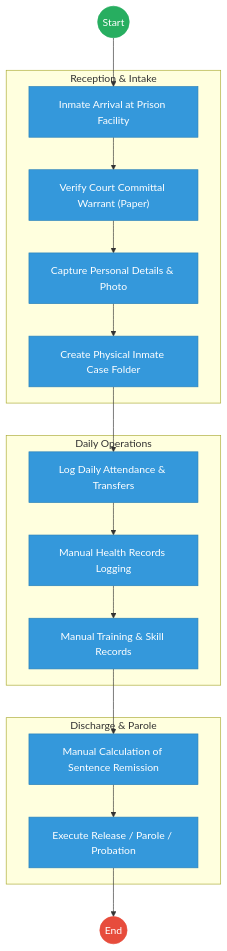
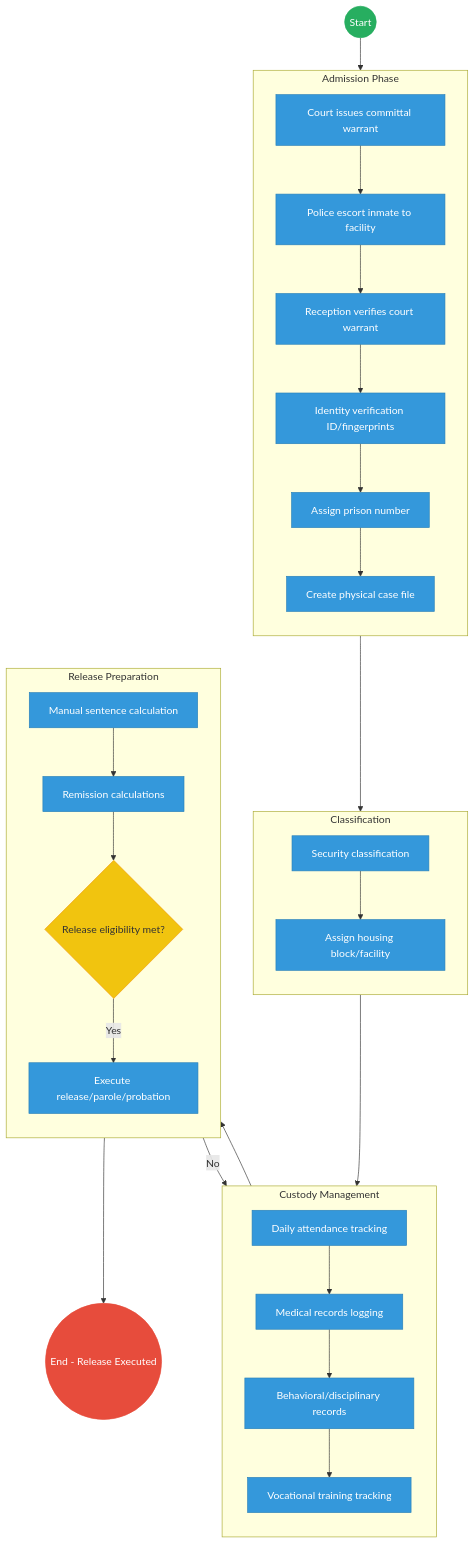
Before and after one commit to BITZ-IT-Consulting-LTD/ictapoc: the first of 2 diagrams in mdas/docs_final/priority_mdas/STATE_DEPARTMENT_FOR_CORRECTIONAL_SERVICES___Service_Delivery.md, drawn with Mermaid. The commit also changed other lines of this file and 109 other files, not shown here.

````diff
--- a/mdas/docs_final/priority_mdas/STATE_DEPARTMENT_FOR_CORRECTIONAL_SERVICES___Service_Delivery.md
+++ b/mdas/docs_final/priority_mdas/STATE_DEPARTMENT_FOR_CORRECTIONAL_SERVICES___Service_Delivery.md
@@ -21,30 +21,74 @@
 ```mermaid
-graph TD
-    Start((Start)) --> Arrival["Inmate Arrival at Prison Facility"]
+flowchart TD
+    %% Events
+    Start((Start))
+    EndProcess((End - Release Executed))
+
+    subgraph Admission [Admission Phase]
+        direction TB
+        IssueWarrant[Court issues committal warrant]
+        Escort[Police escort inmate to facility]
+        VerifyWarrant[Reception verifies court warrant]
+        VerifyID[Identity verification ID/fingerprints]
+        AssignNo[Assign prison number]
+        CreateFile[Create physical case file]
+    end
+
+    subgraph Classification [Classification]
+        direction TB
+        Classify[Security classification]
+        AssignBlock[Assign housing block/facility]
+    end
+
+    subgraph Custody [Custody Management]
+        direction TB
+        DailyTrack[Daily attendance tracking]
+        MedLogs[Medical records logging]
+        BehavLogs[Behavioral/disciplinary records]
+        VocTrack[Vocational training tracking]
+    end
+
+    subgraph Release [Release Preparation]
+        direction TB
+        CalcSent[Manual sentence calculation]
+        CalcRem[Remission calculations]
+        EligGateway{Release eligibility met?}
+        ExecRelease[Execute release/parole/probation]
+    end
+
+    %% Flow connections
+    Start --> IssueWarrant
+    IssueWarrant --> Escort
+    Escort --> VerifyWarrant
+    VerifyWarrant --> VerifyID
+    VerifyID --> AssignNo
+    AssignNo --> CreateFile
     
-    subgraph Admission [Reception & Intake]
-        Arrival --> Warrant["Verify Court Committal Warrant (Paper)"]
-        Warrant --> Capture["Capture Personal Details & Photo"]
-        Capture --> Folder["Create Physical Inmate Case Folder"]
-    end
+    CreateFile --> Classify
+    Classify --> AssignBlock
     
-    subgraph Management [Daily Operations]
-        Folder --> Daily["Log Daily Attendance & Transfers"]
-        Daily --> Health["Manual Health Records Logging"]
-        Health --> Vocational["Manual Training & Skill Records"]
-    end
+    AssignBlock --> DailyTrack
+    DailyTrack --> MedLogs
+    MedLogs --> BehavLogs
+    BehavLogs --> VocTrack
     
-    subgraph Release [Discharge & Parole]
-        Vocational --> Calculate["Manual Calculation of Sentence Remission"]
-        Calculate --> Release_Process["Execute Release / Parole / Probation"]
-    end
+    VocTrack --> CalcSent
+    CalcSent --> CalcRem
+    CalcRem --> EligGateway
     
-    Release_Process --> End((End))
+    EligGateway -- "No" --> DailyTrack
+    EligGateway -- "Yes" --> ExecRelease
+    
+    ExecRelease --> EndProcess
 
-    classDef start fill:#27ae60,stroke:#27ae60,color:#fff;
-    classDef endNode fill:#e74c3c,stroke:#e74c3c,color:#fff;
+    %% Styling
+    classDef startEvent fill:#27ae60,stroke:#27ae60,color:#fff;
+    classDef endEvent fill:#e74c3c,stroke:#e74c3c,color:#fff;
     classDef userTask fill:#3498db,stroke:#2980b9,color:#fff;
-    class Start start;
-    class End endNode;
-    class Arrival,Warrant,Capture,Folder,Daily,Health,Vocational,Calculate,Release_Process userTask;
+    classDef gateway fill:#f1c40f,stroke:#f39c12,color:#333;
+    
+    class Start startEvent;
+    class EndProcess endEvent;
+    class EligGateway gateway;
+    class IssueWarrant,Escort,VerifyWarrant,VerifyID,AssignNo,CreateFile,Classify,AssignBlock,DailyTrack,MedLogs,BehavLogs,VocTrack,CalcSent,CalcRem,ExecRelease userTask;
 ```
````
